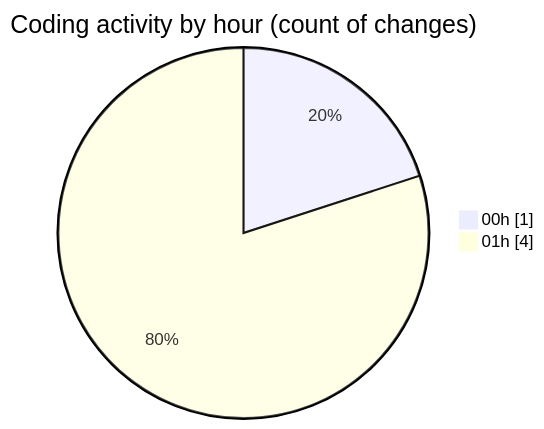
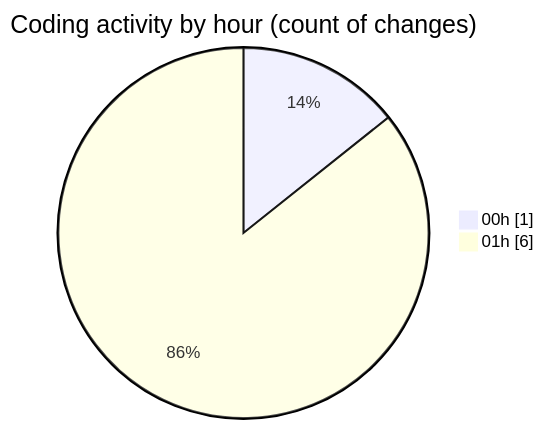
One commit to Netris89/code-tracking changed the second of 2 diagrams in 2025-08-03/data/README.md. Above: the diagram before and after it, drawn with Mermaid. The commit also changed other lines of this file and 1 other file, not shown here.

````diff
--- a/2025-08-03/data/README.md
+++ b/2025-08-03/data/README.md
@@ -28,6 +28,6 @@
 ```mermaid
 pie showData
 title Coding activity by hour (count of changes)
 "00h" : 1
-"01h" : 4
+"01h" : 6
 ```
````
